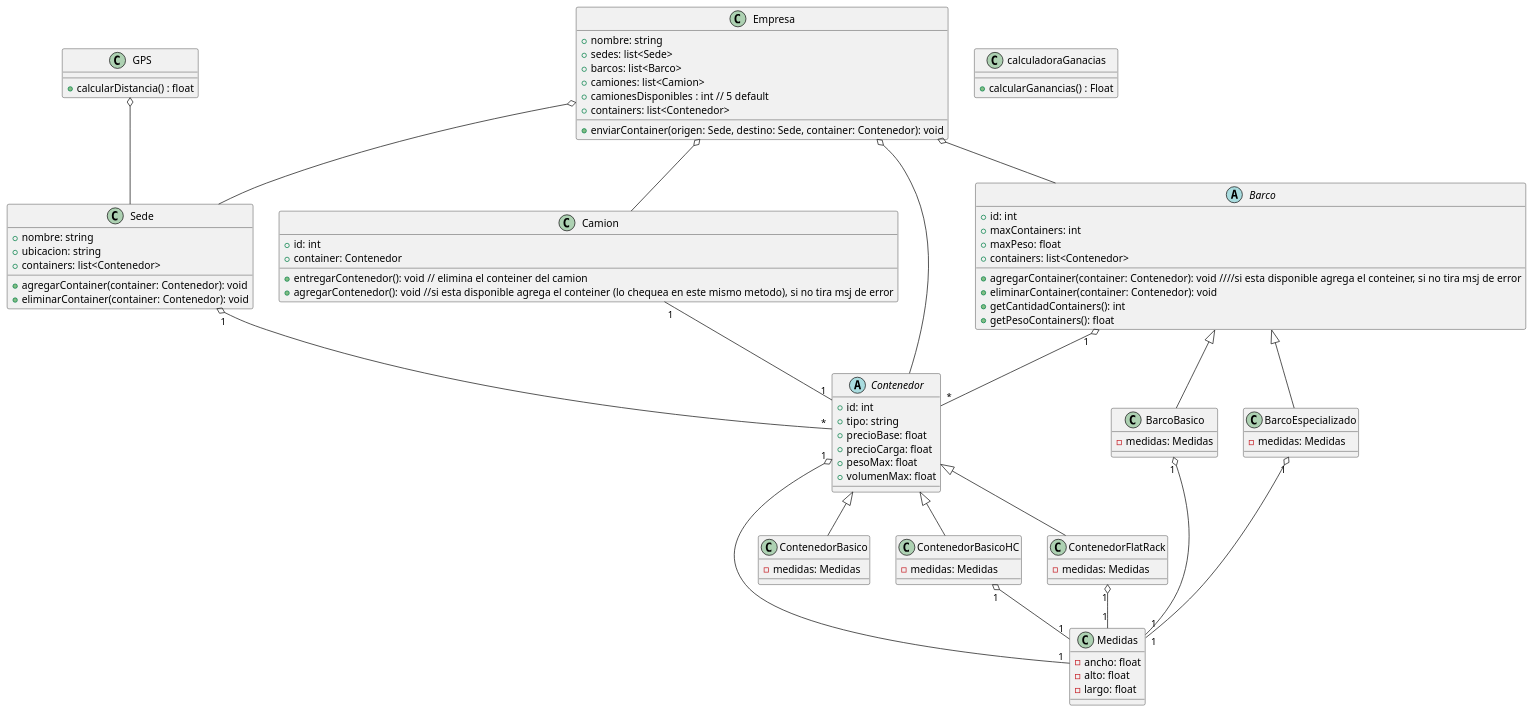
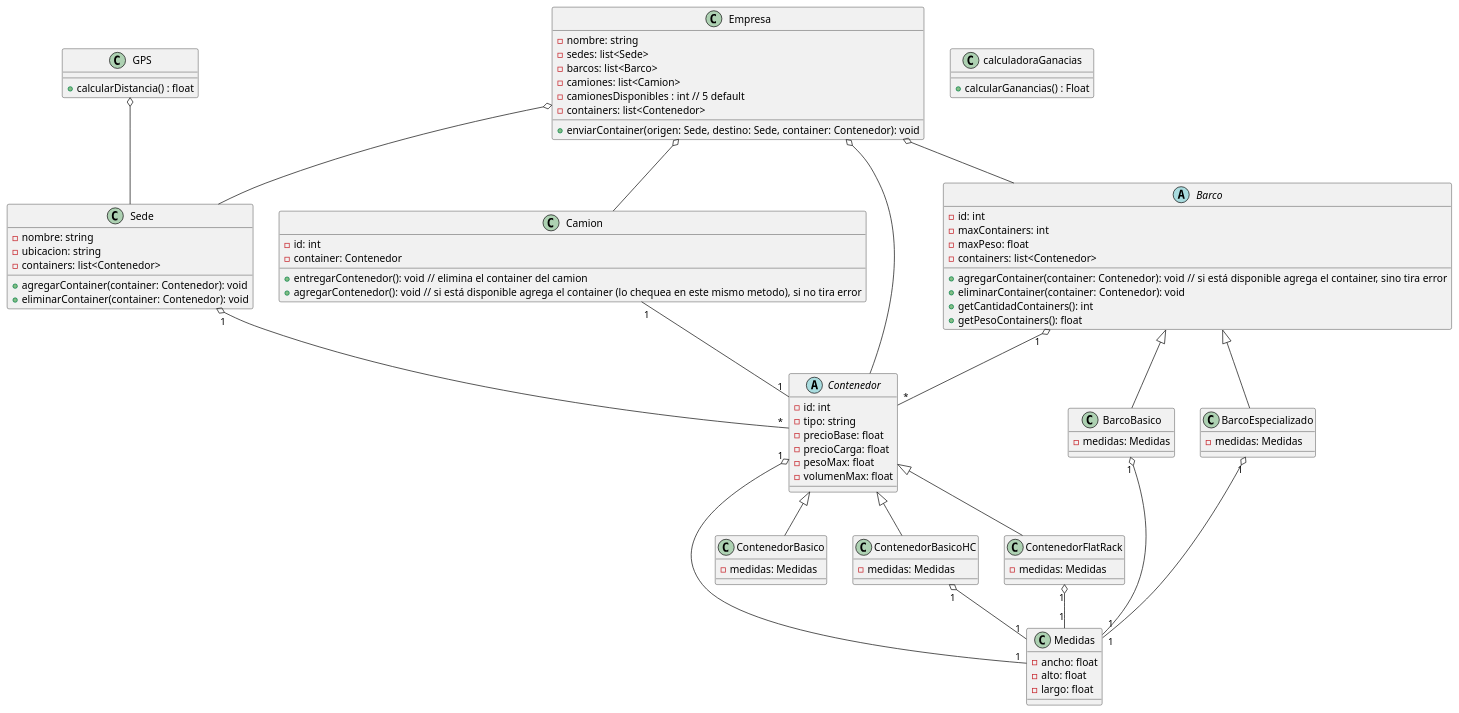
One commit to OrianaPG/TrabajoPracticoContainers changed the diagram in Diagramas/diagramaDeClases.puml. Above: the diagram before and after it, drawn with PlantUML. The commit also changed 19 other files, not shown here.

```diff
--- a/Diagramas/diagramaDeClases.puml
+++ b/Diagramas/diagramaDeClases.puml
@@ -1,105 +1,110 @@
-@startuml
+@startuml Containers
+
 class Empresa {
-    +nombre: string
-    +sedes: list<Sede>
-    +barcos: list<Barco>
-    +camiones: list<Camion>
-    +camionesDisponibles : int // 5 default
-    +containers: list<Contenedor>
-    +enviarContainer(origen: Sede, destino: Sede, container: Contenedor): void
+    - nombre: string
+    - sedes: list<Sede>
+    - barcos: list<Barco>
+    - camiones: list<Camion>
+    - camionesDisponibles : int // 5 default
+    - containers: list<Contenedor>
+
+    + enviarContainer(origen: Sede, destino: Sede, container: Contenedor): void
 }
 
 class Sede {
-    +nombre: string
-    +ubicacion: string
-    +containers: list<Contenedor>
-    +agregarContainer(container: Contenedor): void
-    +eliminarContainer(container: Contenedor): void
+    - nombre: string
+    - ubicacion: string
+    - containers: list<Contenedor>
+
+    + agregarContainer(container: Contenedor): void
+    + eliminarContainer(container: Contenedor): void
 }
 
 abstract class Barco {
-    +id: int
-    +maxContainers: int
-    +maxPeso: float
-    +containers: list<Contenedor>
-    +agregarContainer(container: Contenedor): void ////si esta disponible agrega el conteiner, si no tira msj de error
-    +eliminarContainer(container: Contenedor): void
-    +getCantidadContainers(): int
-    +getPesoContainers(): float
+    - id: int
+    - maxContainers: int
+    - maxPeso: float
+    - containers: list<Contenedor>
+
+    + agregarContainer(container: Contenedor): void // si está disponible agrega el container, sino tira error
+    + eliminarContainer(container: Contenedor): void
+    + getCantidadContainers(): int
+    + getPesoContainers(): float
 }
 
 class BarcoBasico {
-    -medidas: Medidas
+    - medidas: Medidas
 }
 
 class BarcoEspecializado {
-    -medidas: Medidas
+    - medidas: Medidas
 }
 
 class Medidas {
-    -ancho: float
-    -alto: float
-    -largo: float
+    - ancho: float
+    - alto: float
+    - largo: float
 }
 
 class Camion {
-    +id: int
-    +container: Contenedor 
-    +entregarContenedor(): void // elimina el conteiner del camion
-    +agregarContenedor(): void //si esta disponible agrega el conteiner (lo chequea en este mismo metodo), si no tira msj de error
+    - id: int
+    - container: Contenedor 
+
+    + entregarContenedor(): void // elimina el container del camion
+    + agregarContenedor(): void // si está disponible agrega el container (lo chequea en este mismo metodo), si no tira error
 }
 
 abstract class Contenedor {
-    +id: int
-    +tipo: string
-    +precioBase: float
-    +precioCarga: float
-    +pesoMax: float
-    +volumenMax: float
+    - id: int
+    - tipo: string
+    - precioBase: float
+    - precioCarga: float
+    - pesoMax: float
+    - volumenMax: float
 }
 
 class ContenedorBasico {
-    -medidas: Medidas
+    - medidas: Medidas
 }
 
 class ContenedorBasicoHC {
-    -medidas: Medidas
+    - medidas: Medidas
 }
 
 class ContenedorFlatRack {
-    -medidas: Medidas
+    - medidas: Medidas
 }
 
 class GPS {
-    +calcularDistancia() : float
+    + calcularDistancia() : float
 }
 
 class calculadoraGanacias {
-    +calcularGanancias() : Float
+    + calcularGanancias() : Float
 }
 
 GPS o-- Sede
 Empresa o-- Sede
 Empresa o-- Barco
 Empresa o-- Camion
 Empresa o-- Contenedor
 
 Sede "1" o-- "*" Contenedor
 
 Barco <|-- BarcoBasico
 Barco <|-- BarcoEspecializado
 
 Barco "1" o-- "*" Contenedor
 
 Camion "1" -- "1" Contenedor
 
 Contenedor <|-- ContenedorBasico
 Contenedor <|-- ContenedorBasicoHC
 Contenedor <|-- ContenedorFlatRack
 
 Contenedor "1" o-- "1" Medidas
 BarcoBasico "1" o-- "1" Medidas
 BarcoEspecializado "1" o-- "1" Medidas
 ContenedorBasicoHC "1" o-- "1" Medidas
 ContenedorFlatRack "1" o-- "1" Medidas
 @enduml
```
